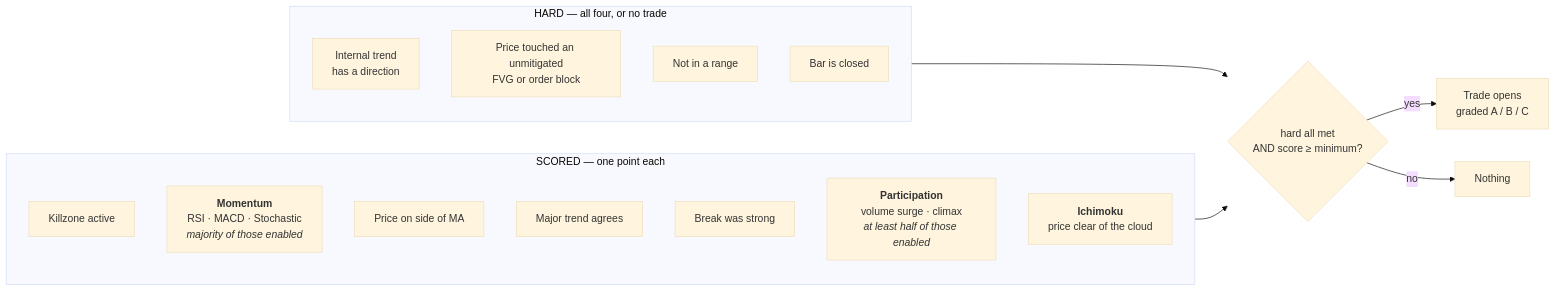
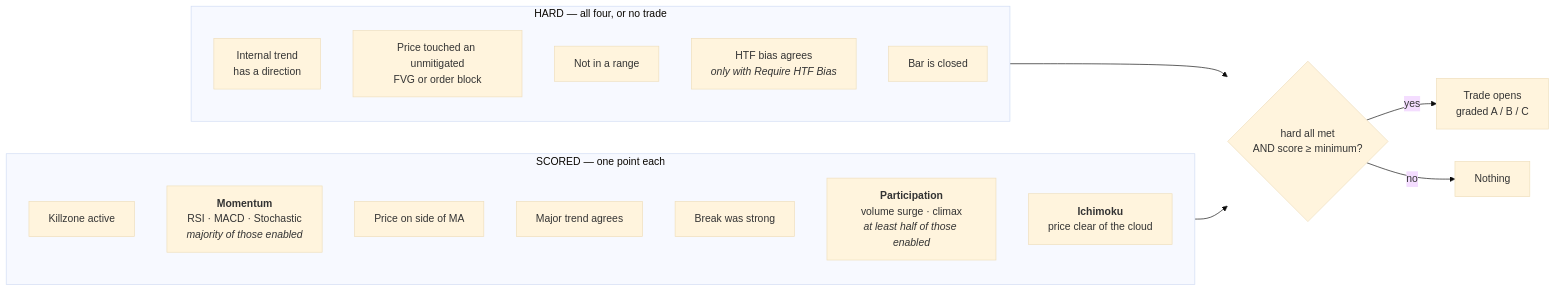
Before and after one commit to IbrahimKeshta/TradingViewIndicator: the third of 3 diagrams in README.md, drawn with Mermaid (base theme). The commit also changed other lines of this file and 1 other file, not shown here.

Commit message:
feat: add optional HTF bias and displacement trade filters, off by default

````diff
--- a/README.md
+++ b/README.md
@@ -140,22 +140,23 @@
 ```mermaid
 flowchart LR
     subgraph H["HARD — all four, or no trade"]
         H1["Internal trend<br/>has a direction"]
         H2["Price touched an unmitigated<br/>FVG or order block"]
         H3["Not in a range"]
+        H5["HTF bias agrees<br/><i>only with Require HTF Bias</i>"]
         H4["Bar is closed"]
     end
     subgraph S["SCORED — one point each"]
         S1["Killzone active"]
         S2["<b>Momentum</b><br/>RSI · MACD · Stochastic<br/><i>majority of those enabled</i>"]
         S3["Price on side of MA"]
         S4["Major trend agrees"]
         S5["Break was strong"]
         S6["<b>Participation</b><br/>volume surge · climax<br/><i>at least half of those enabled</i>"]
         S7["<b>Ichimoku</b><br/>price clear of the cloud"]
     end
     H --> G{"hard all met<br/>AND score &ge; minimum?"}
     S --> G
     G -->|yes| T["Trade opens<br/>graded A / B / C"]
     G -->|no| N["Nothing"]
 ```
````
